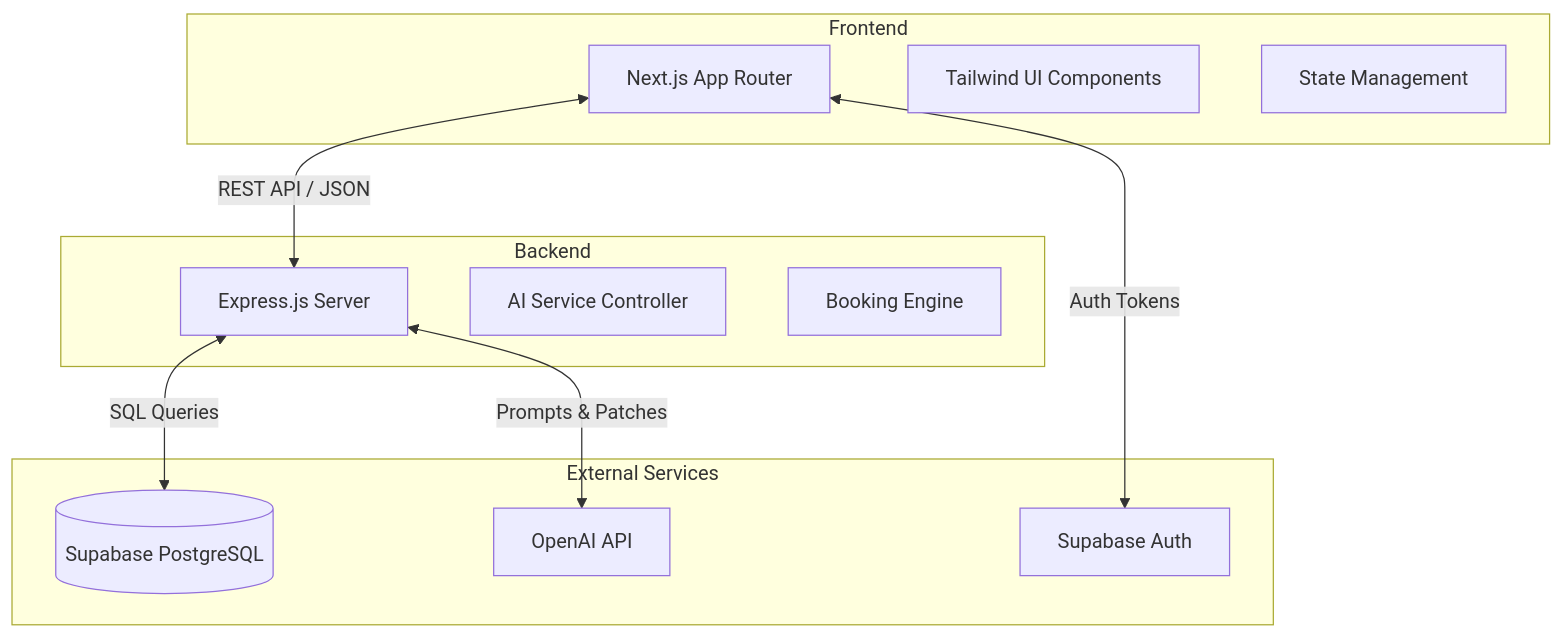
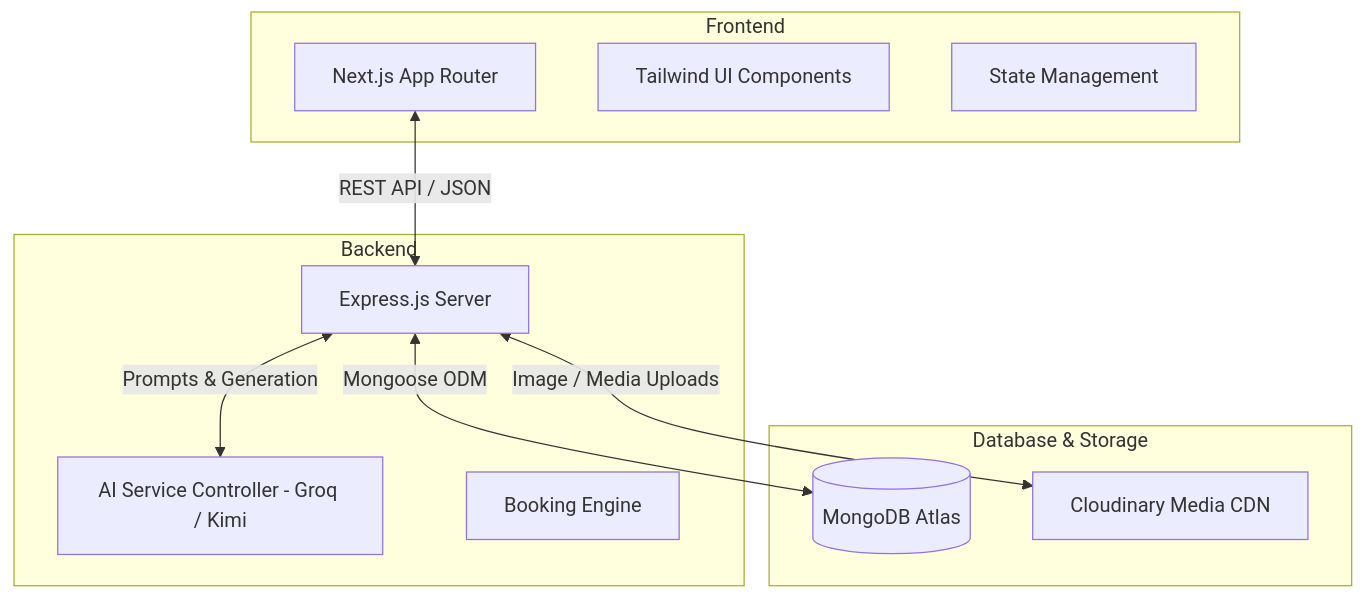
Before and after one commit to Jiyathakurrr/TravelGenie: the first of 4 diagrams in ARCHITECTURE.md, drawn with Mermaid. The commit also changed other lines of this file and 13 other files, not shown here.

Commit message:
docs: update system architecture & schema documentation for MongoDB Atlas + Cloudinary setup

````diff
--- a/ARCHITECTURE.md
+++ b/ARCHITECTURE.md
@@ -9,25 +9,24 @@
 ```mermaid
 graph TD
     subgraph Frontend
         A[Next.js App Router]
         B[Tailwind UI Components]
         C[State Management]
     end
 
     subgraph Backend
         D[Express.js Server]
-        E[AI Service Controller]
+        E[AI Service Controller - Groq / Kimi]
         F[Booking Engine]
     end
 
-    subgraph External Services
-        G[(Supabase PostgreSQL)]
-        H[Supabase Auth]
-        I[OpenAI API]
+    subgraph Database & Storage
+        G[(MongoDB Atlas)]
+        H[Cloudinary Media CDN]
     end
 
     A <-->|REST API / JSON| D
-    A <-->|Auth Tokens| H
-    D <-->|SQL Queries| G
-    D <-->|Prompts & Patches| I
+    D <-->|Mongoose ODM| G
+    D <-->|Image / Media Uploads| H
+    D <-->|Prompts & Generation| E
 ```
````
